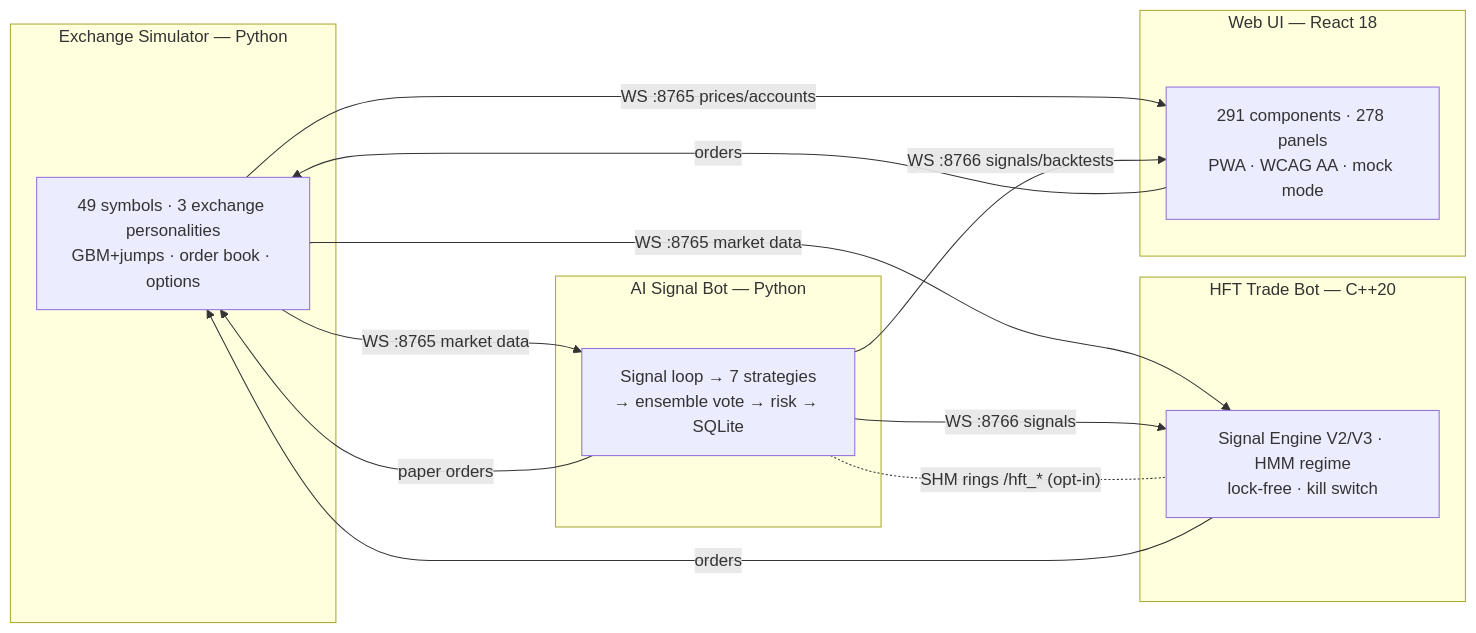
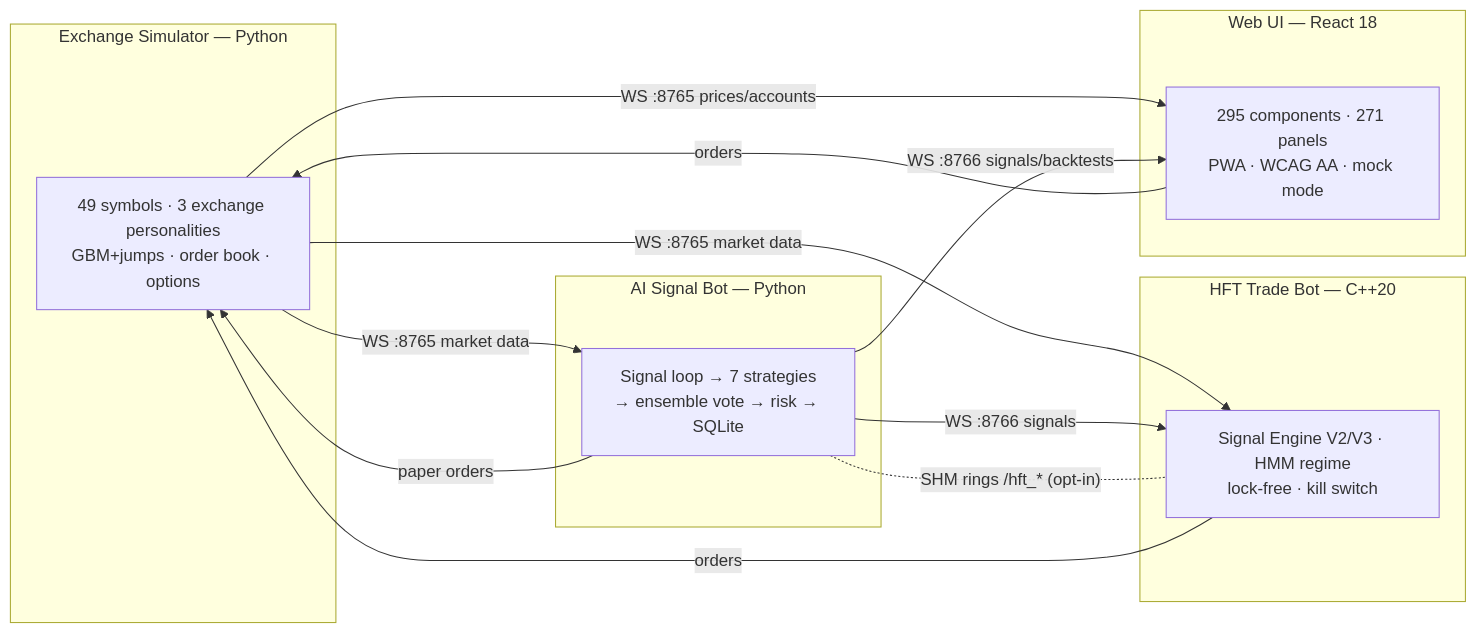
One commit to ezpectus/HFT-trading-simulator changed the diagram in README.md. Above: the diagram before and after it, drawn with Mermaid. The commit also changed other lines of this file and 12 other files, not shown here.

````diff
--- a/README.md
+++ b/README.md
@@ -14,25 +14,25 @@
 ```mermaid
 flowchart LR
     subgraph SIM["Exchange Simulator — Python"]
         ES["49 symbols · 3 exchange personalities<br/>GBM+jumps · order book · options"]
     end
     subgraph BOT["AI Signal Bot — Python"]
         AI["Signal loop → 7 strategies<br/>→ ensemble vote → risk → SQLite"]
     end
     subgraph HFT["HFT Trade Bot — C++20"]
         CPP["Signal Engine V2/V3 · HMM regime<br/>lock-free · kill switch"]
     end
     subgraph UI["Web UI — React 18"]
-        WEB["291 components · 278 panels<br/>PWA · WCAG AA · mock mode"]
+        WEB["295 components · 271 panels<br/>PWA · WCAG AA · mock mode"]
     end
 
     ES -- "WS :8765 market data" --> AI
     ES -- "WS :8765 market data" --> CPP
     ES -- "WS :8765 prices/accounts" --> WEB
     AI -- "WS :8766 signals" --> CPP
     AI -- "WS :8766 signals/backtests" --> WEB
     AI -- "paper orders" --> ES
     CPP -- "orders" --> ES
     WEB -- "orders" --> ES
     AI -. "SHM rings /hft_* (opt-in)" .- CPP
 ```
````
